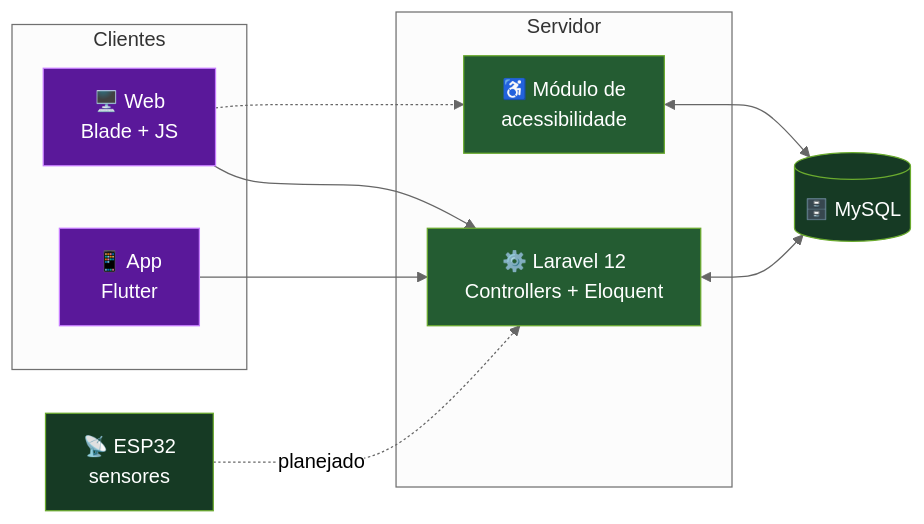
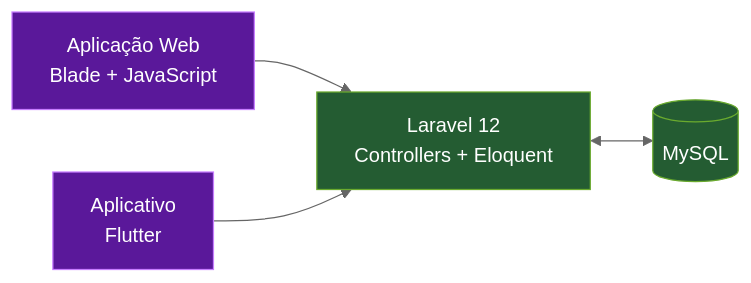
The diagram in README.md (brunafigueirasilva/brunafigueirasilva), drawn with Mermaid (neutral theme) before and after one commit. The commit also changed other lines of this file, not shown here.

````diff
--- a/README.md
+++ b/README.md
@@ -111,27 +91,11 @@
 ```mermaid
 flowchart LR
-    subgraph Clientes
-        W["🖥️ Web<br/>Blade + JS"]
-        M["📱 App<br/>Flutter"]
-    end
-    subgraph Servidor
-        L["⚙️ Laravel 12<br/>Controllers + Eloquent"]
-        A["♿ Módulo de<br/>acessibilidade"]
-    end
-    DB[("🗄️ MySQL")]
-    S["📡 ESP32<br/>sensores"]
-
-    W --> L
-    M --> L
-    L <--> DB
-    A <--> DB
-    W -.-> A
-    S -. "planejado" .-> L
+    W["Aplicação Web<br/>Blade + JavaScript"] --> L["Laravel 12<br/>Controllers + Eloquent"]
+    M["Aplicativo<br/>Flutter"] --> L
+    L <--> DB[("MySQL")]
 
     classDef roxo fill:#5A189A,color:#fff,stroke:#C77DFF
     classDef verde fill:#245C32,color:#fff,stroke:#6AAA2E
-    classDef escuro fill:#163A24,color:#fff,stroke:#6AAA2E
     class W,M roxo
-    class L,A verde
-    class DB,S escuro
+    class L,DB verde
 ```
````
